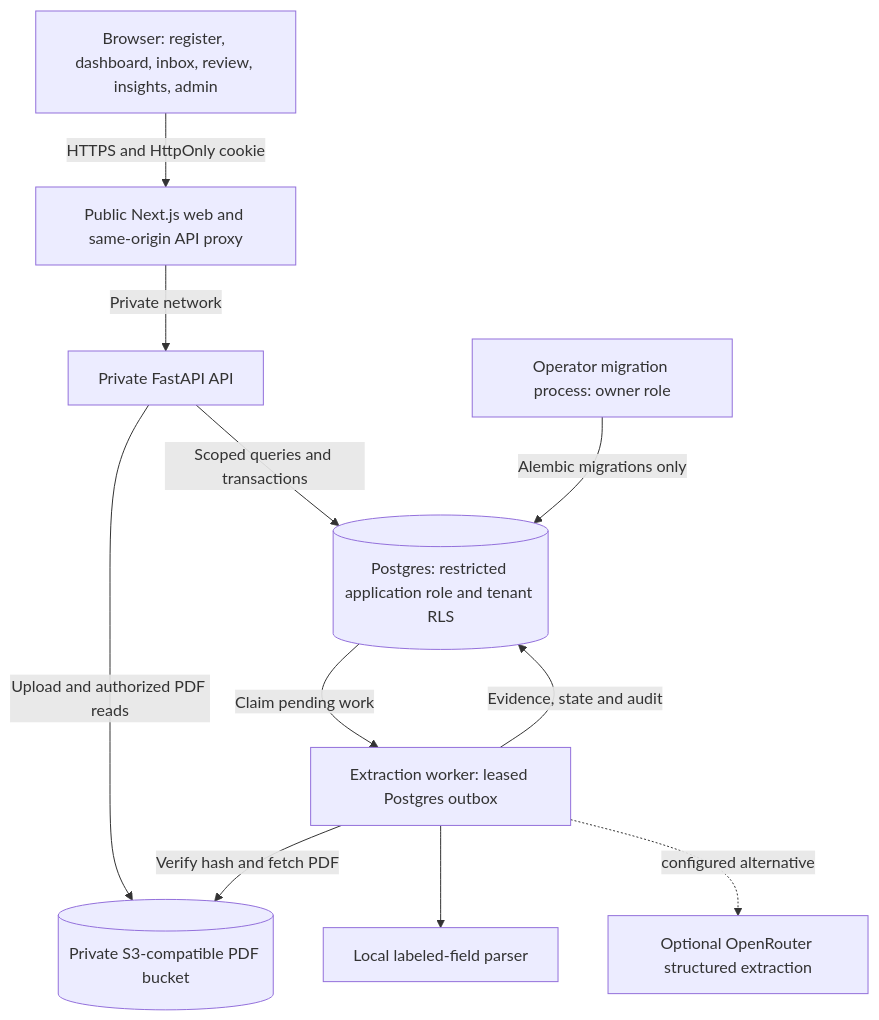
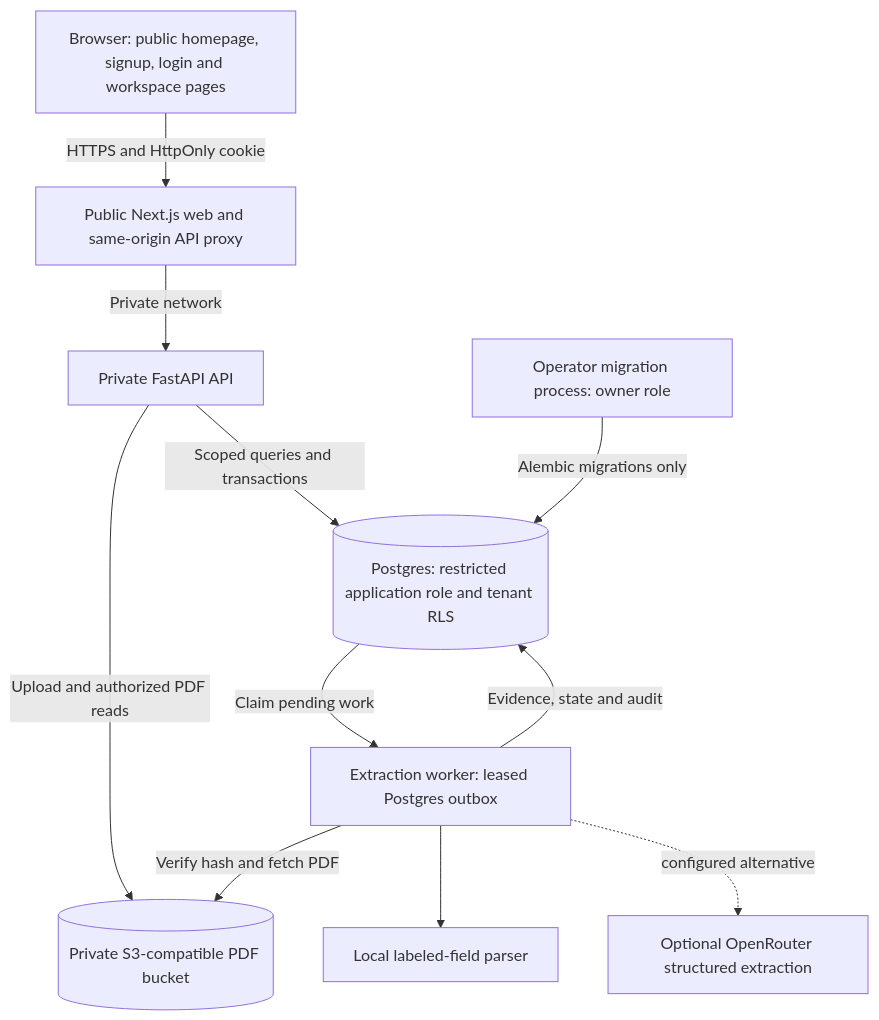
Before and after one commit to Abhinavsuri90/opspilot: the first of 6 diagrams in SYSTEM_DESIGN.md, drawn with Mermaid. The commit also changed other lines of this file and 6 other files, not shown here.

````diff
--- a/SYSTEM_DESIGN.md
+++ b/SYSTEM_DESIGN.md
@@ -24,22 +24,22 @@
 ```mermaid
 flowchart TB
-    Browser[Browser: register, dashboard, inbox, review, insights, admin]
+    Browser[Browser: public homepage, signup, login and workspace pages]
     Web[Public Next.js web and same-origin API proxy]
     API[Private FastAPI API]
     DB[(Postgres: restricted application role and tenant RLS)]
     Store[(Private S3-compatible PDF bucket)]
     Worker[Extraction worker: leased Postgres outbox]
     Rules[Local labeled-field parser]
     Router[Optional OpenRouter structured extraction]
     Admin[Operator migration process: owner role]
     Browser -->|HTTPS and HttpOnly cookie| Web
     Web -->|Private network| API
     API -->|Scoped queries and transactions| DB
     API -->|Upload and authorized PDF reads| Store
     DB -->|Claim pending work| Worker
     Worker -->|Verify hash and fetch PDF| Store
     Worker --> Rules
     Worker -. configured alternative .-> Router
     Worker -->|Evidence, state and audit| DB
     Admin -->|Alembic migrations only| DB
 ```
````
